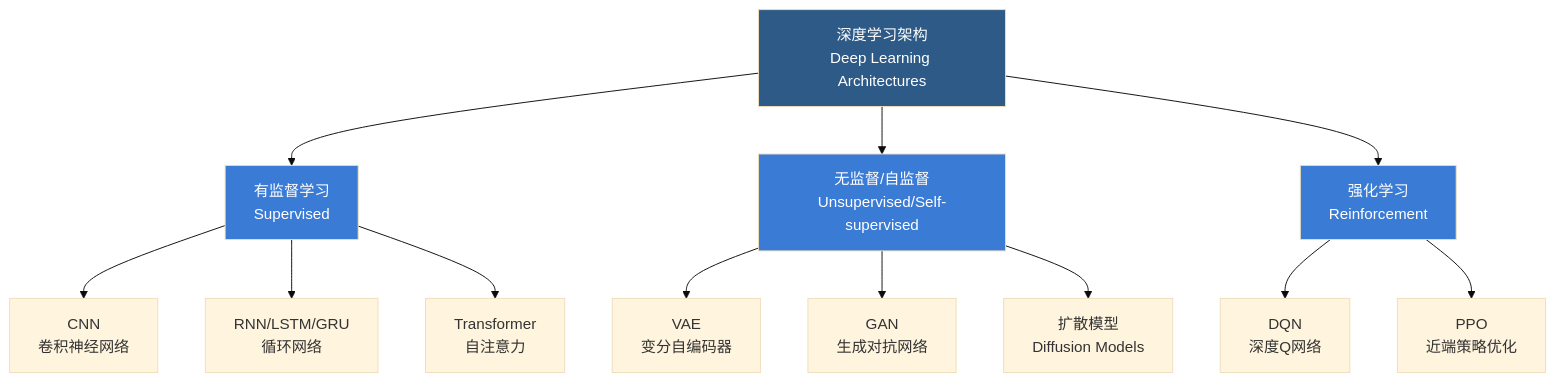
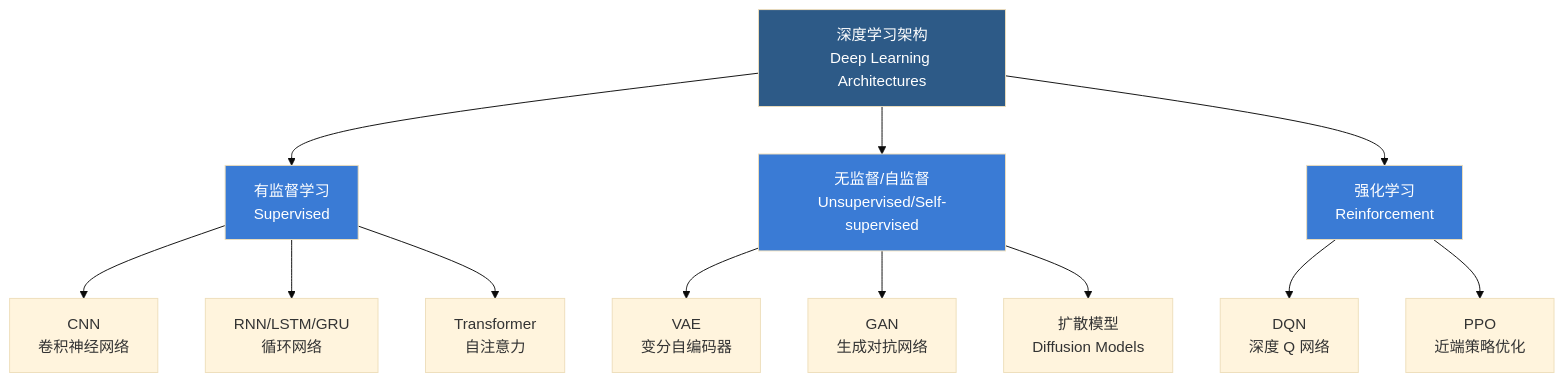
Before and after one commit to Tianshang301/TianshangKnowledgeBase: the first of 2 diagrams in 05_ComputerScience/ArtificialIntelligence/MachineLearning/NeuralNetworksAndDeepLearning/DeepLearning.md, drawn with Mermaid (base theme). The commit also changed other lines of this file and 2257 other files, not shown here.

````diff
--- a/05_ComputerScience/ArtificialIntelligence/MachineLearning/NeuralNetworksAndDeepLearning/DeepLearning.md
+++ b/05_ComputerScience/ArtificialIntelligence/MachineLearning/NeuralNetworksAndDeepLearning/DeepLearning.md
@@ -29,18 +31,18 @@
 ```mermaid
 graph TD
   A["深度学习架构<br/>Deep Learning Architectures"] --> B["有监督学习<br/>Supervised"]
   A --> C["无监督/自监督<br/>Unsupervised/Self-supervised"]
   A --> D["强化学习<br/>Reinforcement"]
   B --> E["CNN<br/>卷积神经网络"]
   B --> F["RNN/LSTM/GRU<br/>循环网络"]
   B --> G["Transformer<br/>自注意力"]
   C --> H["VAE<br/>变分自编码器"]
   C --> I["GAN<br/>生成对抗网络"]
   C --> J["扩散模型<br/>Diffusion Models"]
-  D --> K["DQN<br/>深度Q网络"]
+  D --> K["DQN<br/>深度 Q 网络"]
   D --> L["PPO<br/>近端策略优化"]
   style A fill:#2d5a87,color:#fff
   style B fill:#3a7bd5,color:#fff
   style C fill:#3a7bd5,color:#fff
   style D fill:#3a7bd5,color:#fff
 ```
````
